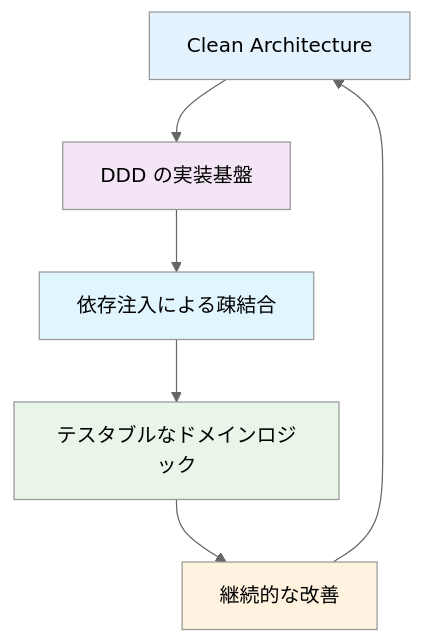
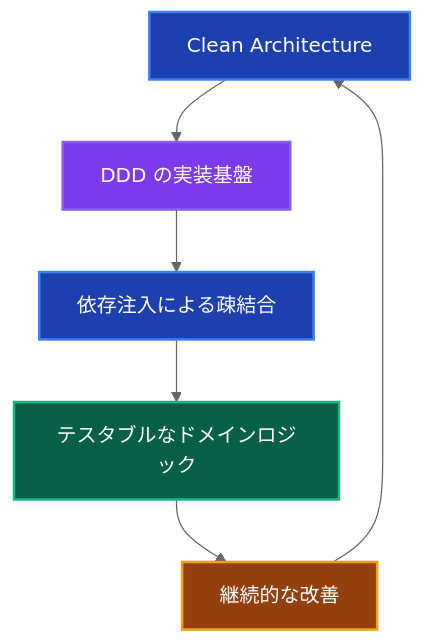
Before and after one commit to derushio/d-next-ddd-example: the ninth of 9 diagrams in _DOCS/guides/ddd/concepts/domain-driven-design.md, drawn with Mermaid (neutral theme). The commit also changed other lines of this file and 31 other files, not shown here.

Commit message:
🎨: DOCSのMermaid図表カラーテーマを暗色に統一し視認性を向上

````diff
--- a/_DOCS/guides/ddd/concepts/domain-driven-design.md
+++ b/_DOCS/guides/ddd/concepts/domain-driven-design.md
@@ -685,14 +685,14 @@
 ```mermaid
 graph TD
     A[Clean Architecture] --> B[DDD の実装基盤]
     B --> C[依存注入による疎結合]
     C --> D[テスタブルなドメインロジック]
     D --> E[継続的な改善]
     E --> A
     
-    style A fill:#e3f2fd
-    style B fill:#f3e5f5
-    style C fill:#e1f5fe
-    style D fill:#e8f5e8
-    style E fill:#fff3e0
+    style A fill:#1e40af,stroke:#3b82f6,stroke-width:2px,color:#ffffff
+    style B fill:#7c3aed,stroke:#8b5cf6,stroke-width:2px,color:#ffffff
+    style C fill:#1e40af,stroke:#3b82f6,stroke-width:2px,color:#ffffff
+    style D fill:#065f46,stroke:#10b981,stroke-width:2px,color:#ffffff
+    style E fill:#92400e,stroke:#f59e0b,stroke-width:2px,color:#ffffff
 ```
````
